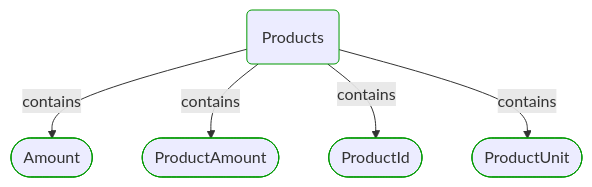
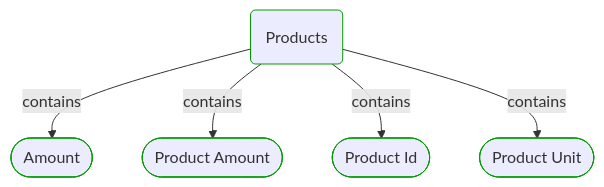
The third of 5 diagrams in Docs/P3/MermaidOutput/Modules/Sales/Products/Products.md (itlibrium/DDD-starter-dotnet), drawn with Mermaid before and after one commit. The commit also changed other lines of this file and 174 other files, not shown here.

````diff
--- a/Docs/P3/MermaidOutput/Modules/Sales/Products/Products.md
+++ b/Docs/P3/MermaidOutput/Modules/Sales/Products/Products.md
@@ -48,20 +51,20 @@
 ```mermaid
   flowchart TB
     0(Products)
     class 0 DomainPerspective
     1([Amount])
     class 1 DomainPerspective
     0-->|contains|1
-    2([ProductAmount])
+    2([Product Amount])
     class 2 DomainPerspective
     0-->|contains|2
-    3([ProductId])
+    3([Product Id])
     class 3 DomainPerspective
     0-->|contains|3
-    4([ProductUnit])
+    4([Product Unit])
     class 4 DomainPerspective
     0-->|contains|4
     classDef DomainPerspective stroke:#009900
     classDef TechnologyPerspective stroke:#1F41EB
     classDef PeoplePerspective stroke:#FFF014
 ```
````
